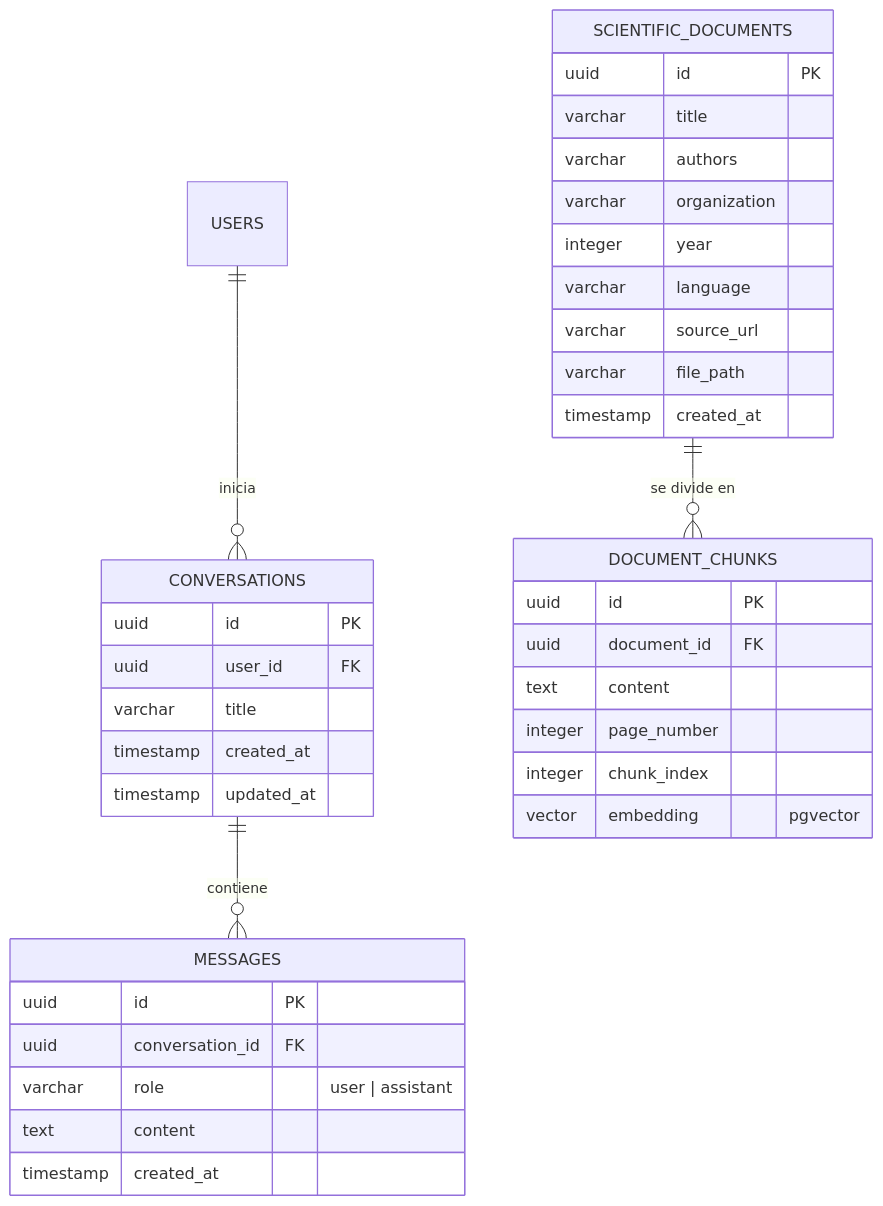
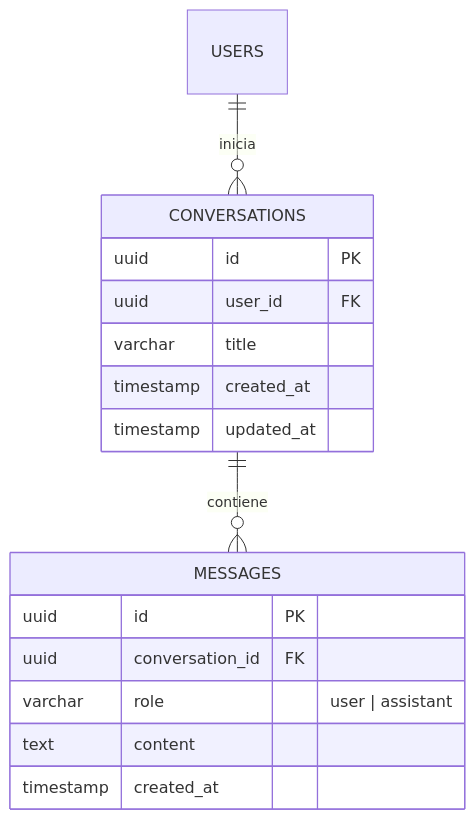
The second of 2 diagrams in docs/diagrams/er-diagram.md (FedeJGM/HabitQ), drawn with Mermaid before and after one commit. The commit also changed 2 other files, not shown here.

Commit message:
docs: fix RAG ingestion and auth refresh drift across docs
README.md, docs/architecture/overview.md, and docs/diagrams/er-diagram.md
still described the PDF ingestion pipeline and mobile JWT refresh as
pending, and the ER diagram still listed scientific_documents/document_chunks
as unimplemented with a pgvector embedding column. Update all three to
match current reality: ingestion done and verified against Postgres,
proactive refresh done, embedding is ARRAY(FLOAT), 5 tables across
migrations 0001-0004, and stale test counts (24->48 backend, 45->58 mobile).

Claude-Session: https://claude.ai/code/session_01GkPuZqVyT8pUdWviA2FX1q

````diff
--- a/docs/diagrams/er-diagram.md
+++ b/docs/diagrams/er-diagram.md
@@ -46,43 +69,21 @@
 ```mermaid
 erDiagram
     USERS ||--o{ CONVERSATIONS : "inicia"
     CONVERSATIONS ||--o{ MESSAGES : "contiene"
-    SCIENTIFIC_DOCUMENTS ||--o{ DOCUMENT_CHUNKS : "se divide en"
 
     CONVERSATIONS {
         uuid id PK
         uuid user_id FK
         varchar title
         timestamp created_at
         timestamp updated_at
     }
 
     MESSAGES {
         uuid id PK
         uuid conversation_id FK
         varchar role "user | assistant"
         text content
         timestamp created_at
     }
-
-    SCIENTIFIC_DOCUMENTS {
-        uuid id PK
-        varchar title
-        varchar authors
-        varchar organization
-        integer year
-        varchar language
-        varchar source_url
-        varchar file_path
-        timestamp created_at
-    }
-
-    DOCUMENT_CHUNKS {
-        uuid id PK
-        uuid document_id FK
-        text content
-        integer page_number
-        integer chunk_index
-        vector embedding "pgvector"
-    }
 ```
````
